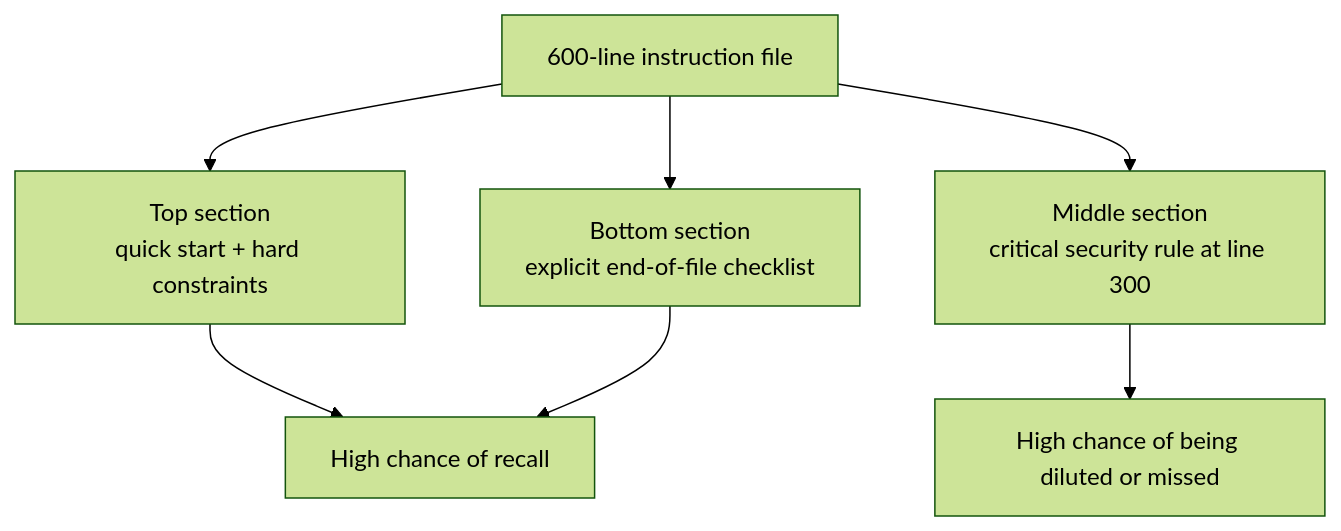
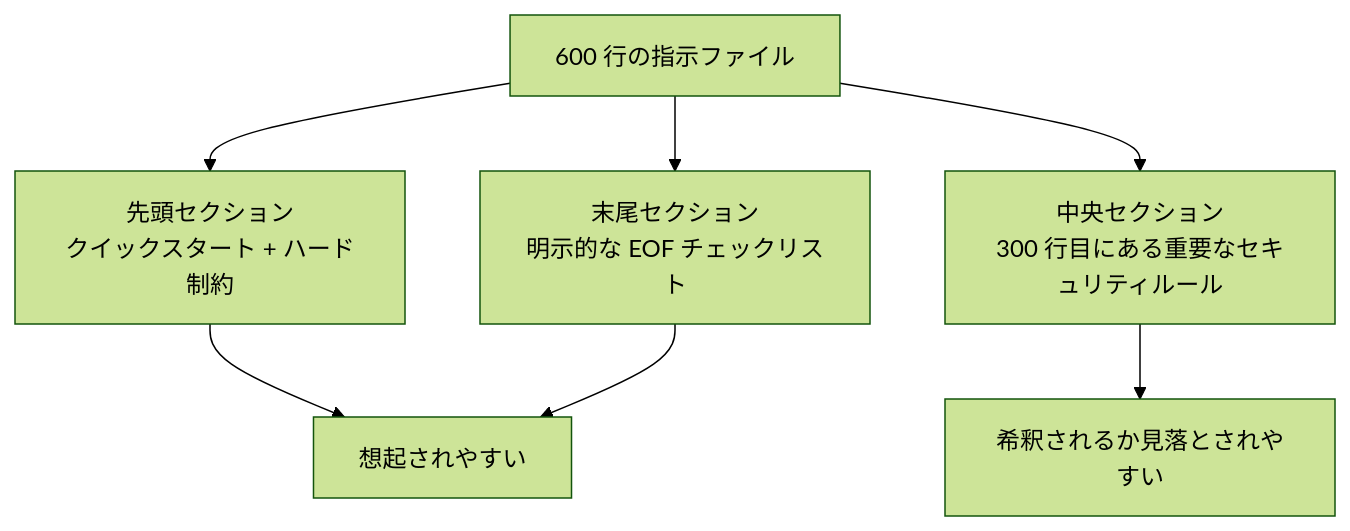
One commit to mkusaka/learn-harness-engineering changed the second of 2 diagrams in docs/en/lectures/lecture-04-why-one-giant-instruction-file-fails/index.md. Above: the diagram before and after it, drawn with Mermaid (forest theme). The commit also changed other lines of this file and 571 other files, not shown here.

````diff
--- a/docs/en/lectures/lecture-04-why-one-giant-instruction-file-fails/index.md
+++ b/docs/en/lectures/lecture-04-why-one-giant-instruction-file-fails/index.md
@@ -48,9 +48,9 @@
 ```mermaid
 flowchart TB
-    File["600-line instruction file"] --> Top["Top section<br/>quick start + hard constraints"]
-    File --> Mid["Middle section<br/>critical security rule at line 300"]
-    File --> Bot["Bottom section<br/>explicit end-of-file checklist"]
-    Top --> Seen["High chance of recall"]
+    File["600 行の指示ファイル"] --> Top["先頭セクション<br/>クイックスタート + ハード制約"]
+    File --> Mid["中央セクション<br/>300 行目にある重要なセキュリティルール"]
+    File --> Bot["末尾セクション<br/>明示的な EOF チェックリスト"]
+    Top --> Seen["想起されやすい"]
     Bot --> Seen
-    Mid --> Missed["High chance of being diluted or missed"]
+    Mid --> Missed["希釈されるか見落とされやすい"]
 ```
````
